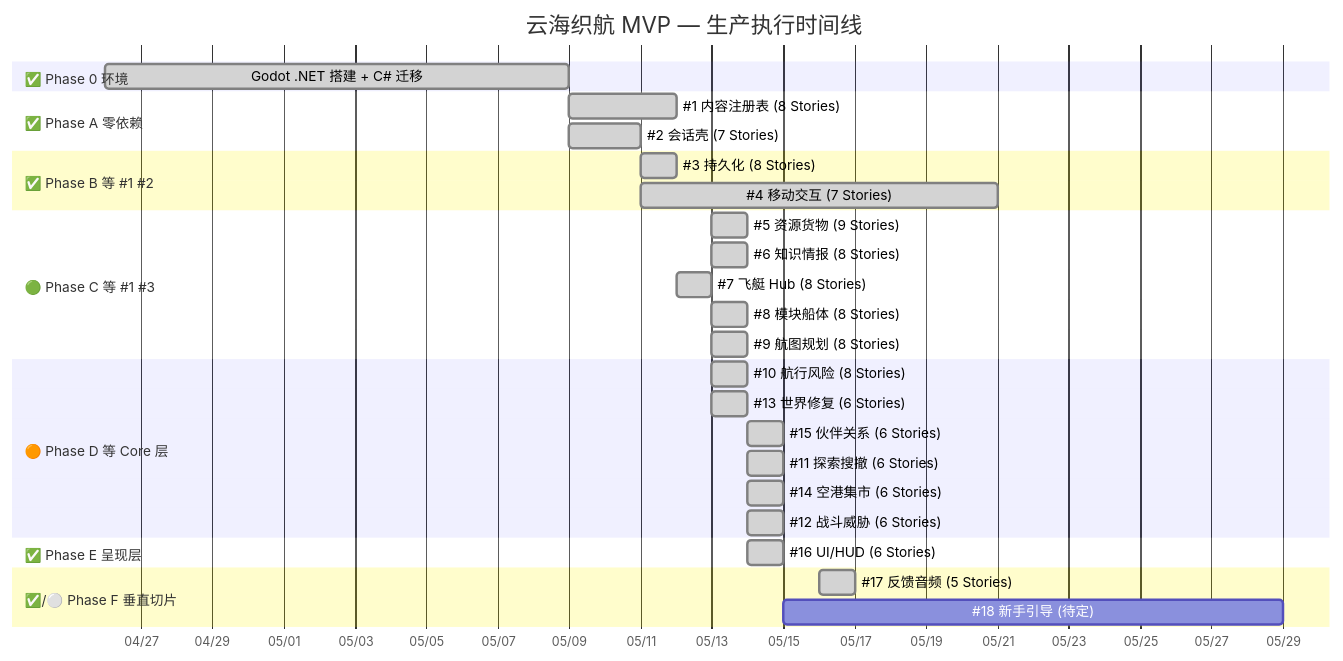
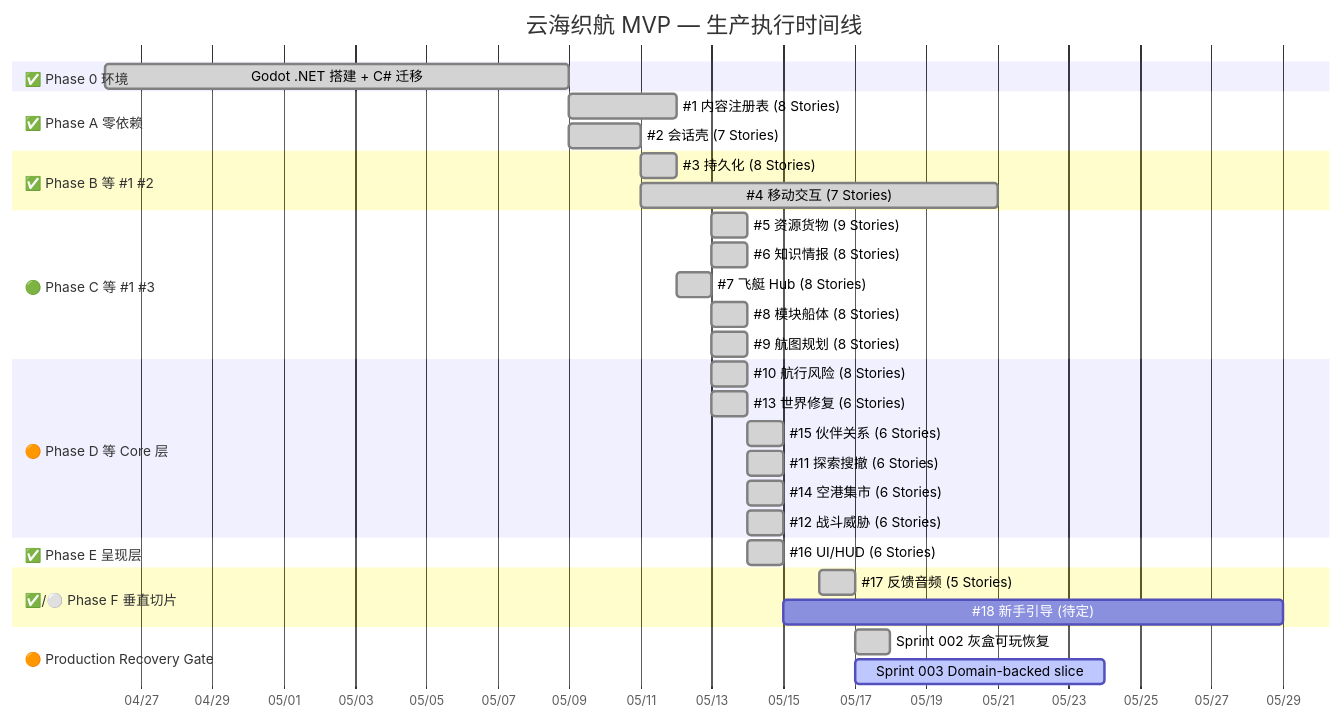
The first of 3 diagrams in docs/reference/production-flowchart.md (lieinsay/Claude-Code-Game-Studios), drawn with Mermaid before and after one commit. The commit also changed other lines of this file and 7 other files, not shown here.

````diff
--- a/docs/reference/production-flowchart.md
+++ b/docs/reference/production-flowchart.md
@@ -13,39 +13,43 @@
 ```mermaid
 gantt
     title 云海织航 MVP — 生产执行时间线
     dateFormat YYYY-MM-DD
     axisFormat %m/%d
 
     section ✅ Phase 0 环境
     Godot .NET 搭建 + C# 迁移   :done,    p0, 2026-04-26, 2026-05-09
 
     section ✅ Phase A 零依赖
     #1 内容注册表 (8 Stories)    :done,    p1a, 2026-05-09, 2026-05-12
     #2 会话壳     (7 Stories)    :done,    p1b, 2026-05-09, 2026-05-11
 
     section ✅ Phase B 等 #1 #2
     #3 持久化     (8 Stories)    :done,    p2a, 2026-05-11, 2026-05-12
     #4 移动交互   (7 Stories)    :done,    p2b, after p1b, 10d
 
     section 🟢 Phase C 等 #1 #3
     #5 资源货物   (9 Stories)    :done,    p3a, 2026-05-13, 1d
     #6 知识情报   (8 Stories)    :done,    p3b, 2026-05-13, 1d
     #7 飞艇 Hub   (8 Stories)    :done,    p3c, 2026-05-12, 1d
     #8 模块船体   (8 Stories)    :done,    p3d, 2026-05-13, 1d
     #9 航图规划   (8 Stories)    :done,    p3e, 2026-05-13, 1d
 
     section 🟠 Phase D 等 Core 层
     #10 航行风险  (8 Stories)    :done,    p4a, 2026-05-13, 1d
     #13 世界修复  (6 Stories)    :done,    p4b, 2026-05-13, 1d
     #15 伙伴关系  (6 Stories)    :done,    p4c, 2026-05-14, 1d
     #11 探索搜撤  (6 Stories)    :done,    p4d, 2026-05-14, 1d
     #14 空港集市  (6 Stories)    :done,    p4e, 2026-05-14, 1d
     #12 战斗威胁  (6 Stories)    :done,    p4f, 2026-05-14, 1d
 
     section ✅ Phase E 呈现层
     #16 UI/HUD    (6 Stories)    :done,    p5a, 2026-05-14, 2026-05-15
 
     section ✅/⚪ Phase F 垂直切片
     #17 反馈音频  (5 Stories)   :done,    p6a, 2026-05-16, 1d
     #18 新手引导  (待定)         :         p6b, after p5a, 14d
+
+    section 🟠 Production Recovery Gate
+    Sprint 002 灰盒可玩恢复       :done,    r2, 2026-05-17, 1d
+    Sprint 003 Domain-backed slice :active,  r3, 2026-05-17, 7d
 ```
````
